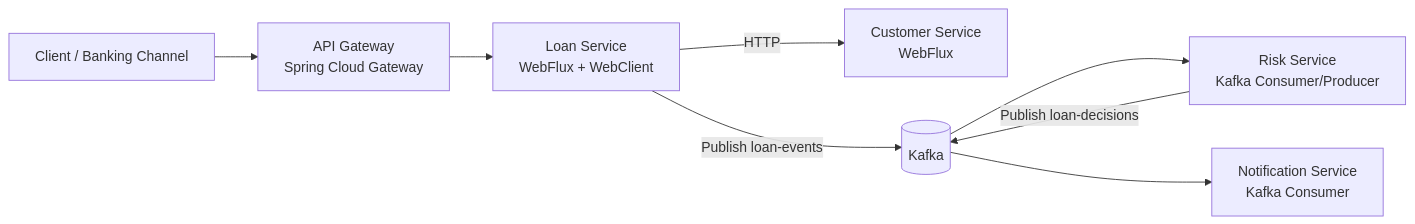
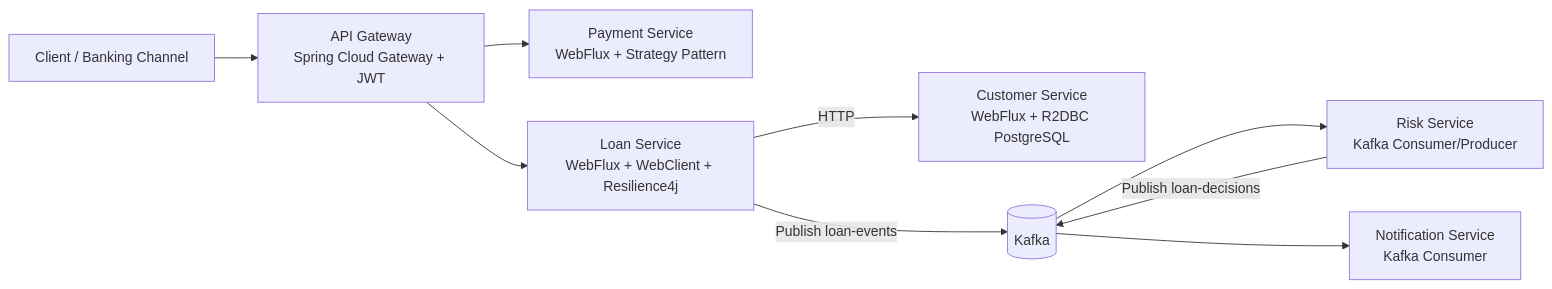
The first of 2 diagrams in docs/architecture.md (kimchinuk/banking-reactive-platform), drawn with Mermaid before and after one commit. The commit also changed other lines of this file and 64 other files, not shown here.

Commit message:
v2 with enhancements + payment service

````diff
--- a/docs/architecture.md
+++ b/docs/architecture.md
@@ -5,15 +5,17 @@
 ```mermaid
 flowchart LR
     A[Client / Banking Channel] --> G[API Gateway
-Spring Cloud Gateway]
+Spring Cloud Gateway + JWT]
+    G --> P[Payment Service
+WebFlux + Strategy Pattern]
     G --> L[Loan Service
-WebFlux + WebClient]
+WebFlux + WebClient + Resilience4j]
     L -->|HTTP| C[Customer Service
-WebFlux]
+WebFlux + R2DBC PostgreSQL]
     L -->|Publish loan-events| K[(Kafka)]
     K --> R[Risk Service
 Kafka Consumer/Producer]
     R -->|Publish loan-decisions| K
     K --> N[Notification Service
 Kafka Consumer]
 ```
````
